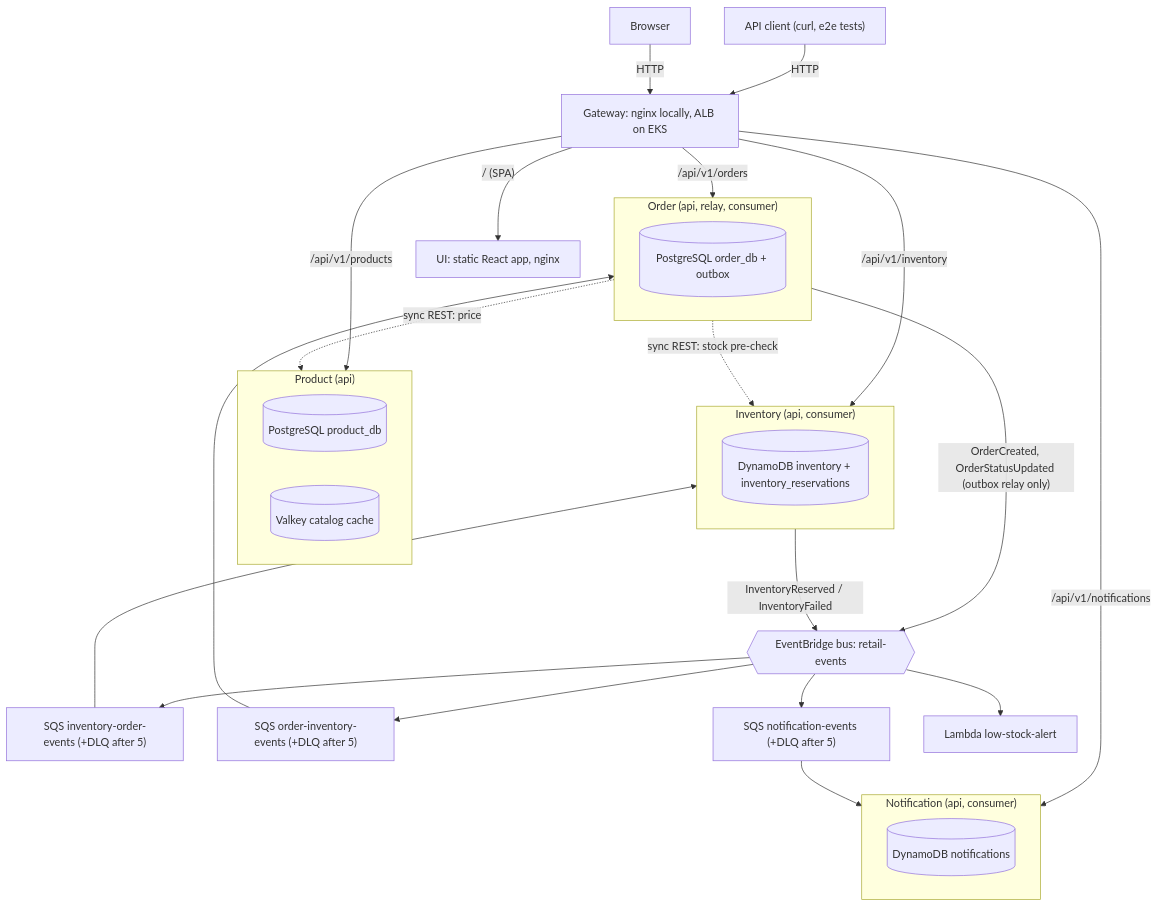
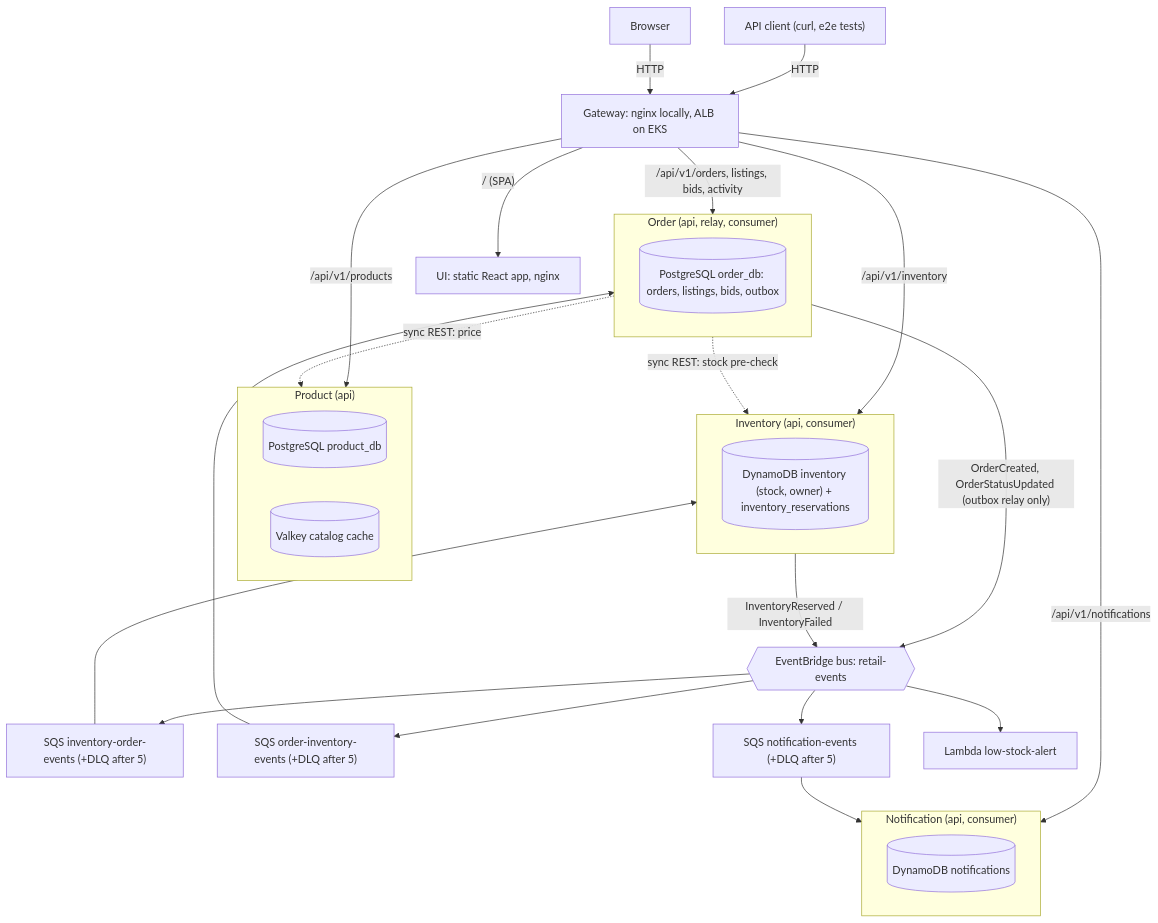
Before and after one commit to loriamichaelj/cloud-punks: the first of 2 diagrams in docs/DESIGN.md, drawn with Mermaid. The commit also changed other lines of this file and 3 other files, not shown here.

````diff
--- a/docs/DESIGN.md
+++ b/docs/DESIGN.md
@@ -70,32 +71,32 @@
 ```mermaid
 flowchart TB
   client["API client (curl, e2e tests)"] -->|HTTP| gw["Gateway: nginx locally, ALB on EKS"]
   browser["Browser"] -->|HTTP| gw
   gw -->|"/ (SPA)"| UIS["UI: static React app, nginx"]
   gw -->|/api/v1/products| P
   gw -->|/api/v1/inventory| I
-  gw -->|/api/v1/orders| O
+  gw -->|"/api/v1/orders, listings, bids, activity"| O
   gw -->|/api/v1/notifications| N
   subgraph P["Product (api)"]
     Ppg[("PostgreSQL product_db")]
     Pvk[("Valkey catalog cache")]
   end
   subgraph I["Inventory (api, consumer)"]
-    Iddb[("DynamoDB inventory + inventory_reservations")]
+    Iddb[("DynamoDB inventory (stock, owner) + inventory_reservations")]
   end
   subgraph O["Order (api, relay, consumer)"]
-    Opg[("PostgreSQL order_db + outbox")]
+    Opg[("PostgreSQL order_db: orders, listings, bids, outbox")]
   end
   subgraph N["Notification (api, consumer)"]
     Nddb[("DynamoDB notifications")]
   end
   O -. "sync REST: price" .-> P
   O -. "sync REST: stock pre-check" .-> I
   O -->|"OrderCreated, OrderStatusUpdated (outbox relay only)"| BUS
   I -->|"InventoryReserved / InventoryFailed"| BUS
   BUS{{"EventBridge bus: retail-events"}}
   BUS --> Q1["SQS inventory-order-events (+DLQ after 5)"] --> I
   BUS --> Q2["SQS order-inventory-events (+DLQ after 5)"] --> O
   BUS --> Q3["SQS notification-events (+DLQ after 5)"] --> N
   BUS --> L["Lambda low-stock-alert"]
 ```
````
